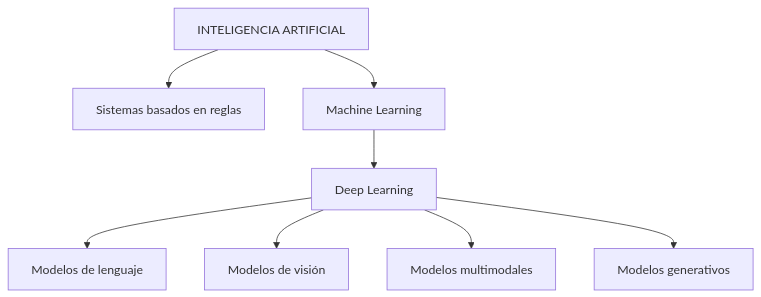
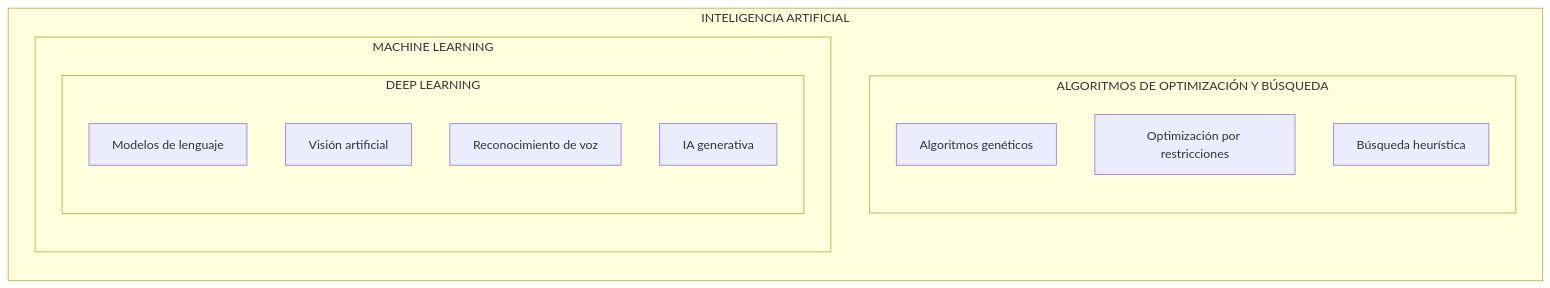
One commit to puyojulian-ascend/DiplomadoBIM.IA changed the seventh of 7 diagrams in docs/sessions/01-generalidades.md. Above: the diagram before and after it, drawn with Mermaid. The commit also changed other lines of this file and 6 other files, not shown here.

````diff
--- a/docs/sessions/01-generalidades.md
+++ b/docs/sessions/01-generalidades.md
@@ -1444,11 +1295,22 @@
 ```mermaid
 flowchart TB
-    A[INTELIGENCIA ARTIFICIAL]
-    A --> B[Sistemas basados en reglas]
-    A --> C[Machine Learning]
-    C --> D[Deep Learning]
-    D --> E[Modelos de lenguaje]
-    D --> F[Modelos de visión]
-    D --> G[Modelos multimodales]
-    D --> H[Modelos generativos]
+    subgraph IA["INTELIGENCIA ARTIFICIAL"]
+        direction TB
+        subgraph OPT["ALGORITMOS DE OPTIMIZACIÓN Y BÚSQUEDA"]
+            direction TB
+            I[Algoritmos genéticos]
+            J[Optimización por restricciones]
+            K[Búsqueda heurística]
+        end
+        subgraph ML["MACHINE LEARNING"]
+            direction TB
+            subgraph DL["DEEP LEARNING"]
+                direction TB
+                E[Modelos de lenguaje]
+                F[Visión artificial]
+                G[Reconocimiento de voz]
+                H[IA generativa]
+            end
+        end
+    end
 ```
````
